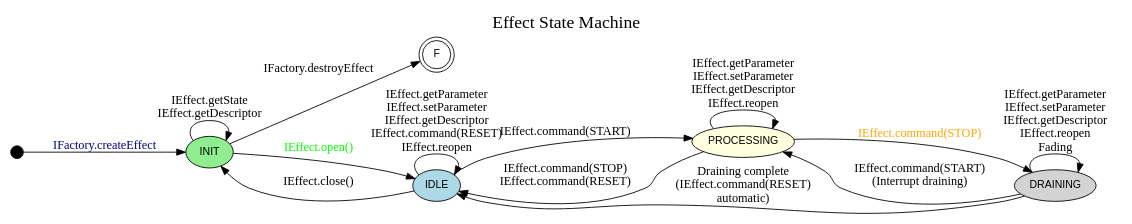
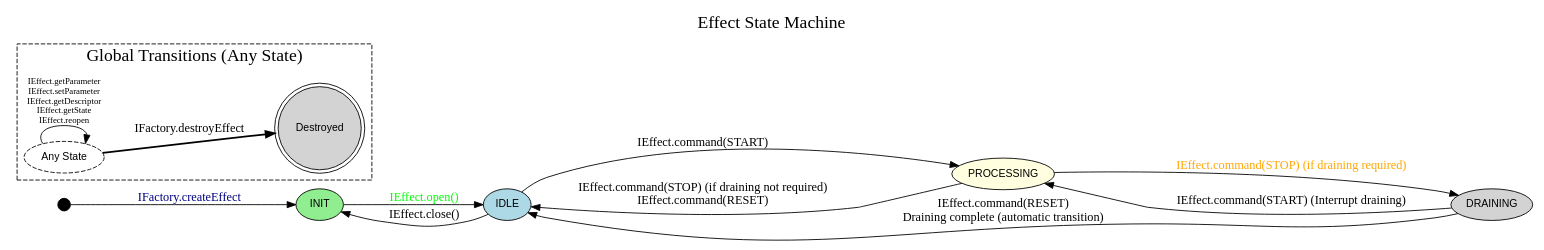
One commit to msft-mirror-aosp/platform.hardware.interfaces changed the diagram in audio/aidl/android/hardware/audio/effect/state.gv. Above: the diagram before and after it, drawn with Graphviz. The commit also changed 4 other files, not shown here.

First line of the commit message:
Support effect destroy at any state

```diff
--- a/audio/aidl/android/hardware/audio/effect/state.gv
+++ b/audio/aidl/android/hardware/audio/effect/state.gv
@@ -1,68 +1,58 @@
 /*
  * Copyright (C) 2022 The Android Open Source Project
  *
  * Licensed under the Apache License, Version 2.0 (the "License");
  * you may not use this file except in compliance with the License.
  * You may obtain a copy of the License at
  *
  *      http://www.apache.org/licenses/LICENSE-2.0
  *
  * Unless required by applicable law or agreed to in writing, software
  * distributed under the License is distributed on an "AS IS" BASIS,
  * WITHOUT WARRANTIES OR CONDITIONS OF ANY KIND, either express or implied.
  * See the License for the specific language governing permissions and
  * limitations under the License.
  */
+
 // To render: "dot -Tpng state.gv -o state.png"
-
 digraph effect_state_machine {
 
     rankdir=LR; // Left to Right layout
 
     label="Effect State Machine";
     fontsize=20;
     labelloc=top;
 
     node [fontname="Helvetica", fontsize=12, style=filled];
 
     // Initial state node
     I [shape=point, fillcolor=black, width=0.2];
 
     // Final state node
-    F [shape=doublecircle, fillcolor=white, width=0.2];
+    F [shape=doublecircle, label="Destroyed"];
 
     // Define other nodes with colors
-    INIT [shape=ellipse, fillcolor=lightgreen];
-    IDLE [shape=ellipse, fillcolor=lightblue];
-    PROCESSING [shape=ellipse, fillcolor=lightyellow];
-    DRAINING [shape=ellipse, fillcolor=lightgrey];
+    INIT [shape=ellipse, fillcolor=lightgreen, label="INIT"];
+    IDLE [shape=ellipse, fillcolor=lightblue, label="IDLE"];
+    PROCESSING [shape=ellipse, fillcolor=lightyellow, label="PROCESSING"];
+    DRAINING [shape=ellipse, fillcolor=lightgrey, label="DRAINING"];
+    ANY_STATE [shape=ellipse, style=dashed, label="Any State", fillcolor=white];
 
-    // Transitions
+    // Main transitions
     I -> INIT [label="IFactory.createEffect", fontcolor="navy"];
-
-    INIT -> F [label="IFactory.destroyEffect"];
-
     INIT -> IDLE [label="IEffect.open()", fontcolor="lime"];
-
     IDLE -> PROCESSING [label="IEffect.command(START)"];
-
-    PROCESSING -> IDLE [label="IEffect.command(STOP)\nIEffect.command(RESET)"];
-
-    PROCESSING -> DRAINING [label="IEffect.command(STOP)", fontcolor="orange"];
-
-    DRAINING -> IDLE [label="Draining complete\n(IEffect.command(RESET)\nautomatic)"];
-
-    DRAINING -> PROCESSING [label="IEffect.command(START)\n(Interrupt draining)"];
-
+    PROCESSING -> IDLE [label="IEffect.command(STOP) (if draining not required)\nIEffect.command(RESET)"];
+    PROCESSING -> DRAINING [label="IEffect.command(STOP) (if draining required)", fontcolor="orange"];
+    DRAINING -> IDLE [label="IEffect.command(RESET)\nDraining complete (automatic transition)"];
+    DRAINING -> PROCESSING [label="IEffect.command(START) (Interrupt draining)"];
     IDLE -> INIT [label="IEffect.close()"];
 
-    // Self-loops
-    INIT -> INIT [label="IEffect.getState\nIEffect.getDescriptor"];
-
-    IDLE -> IDLE [label="IEffect.getParameter\nIEffect.setParameter\nIEffect.getDescriptor\nIEffect.command(RESET)\nIEffect.reopen"];
-
-    PROCESSING -> PROCESSING [label="IEffect.getParameter\nIEffect.setParameter\nIEffect.getDescriptor\nIEffect.reopen"];
-
-    DRAINING -> DRAINING [label="IEffect.getParameter\nIEffect.setParameter\nIEffect.getDescriptor\nIEffect.reopen\nFading"];
-
+    // Global transitions
+    subgraph cluster_global_transitions {
+        label="Global Transitions (Any State)";
+        style=dashed;
+        ANY_STATE -> F [label="IFactory.destroyEffect", style="bold"];
+        ANY_STATE -> ANY_STATE [label="IEffect.getParameter\nIEffect.setParameter\nIEffect.getDescriptor\nIEffect.getState\nIEffect.reopen", fontsize=10];
+    }
 }
```
